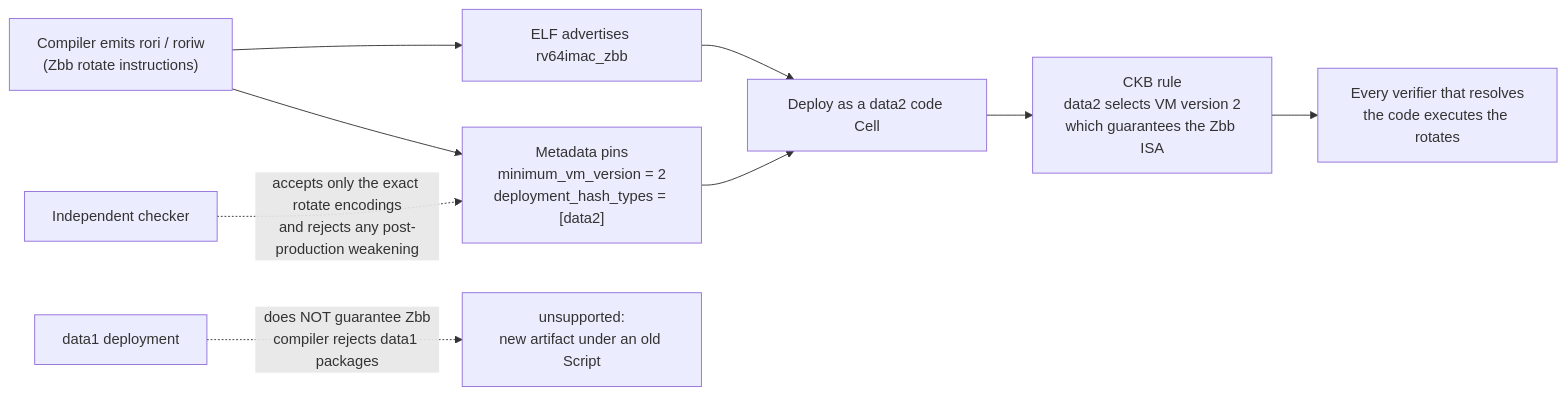
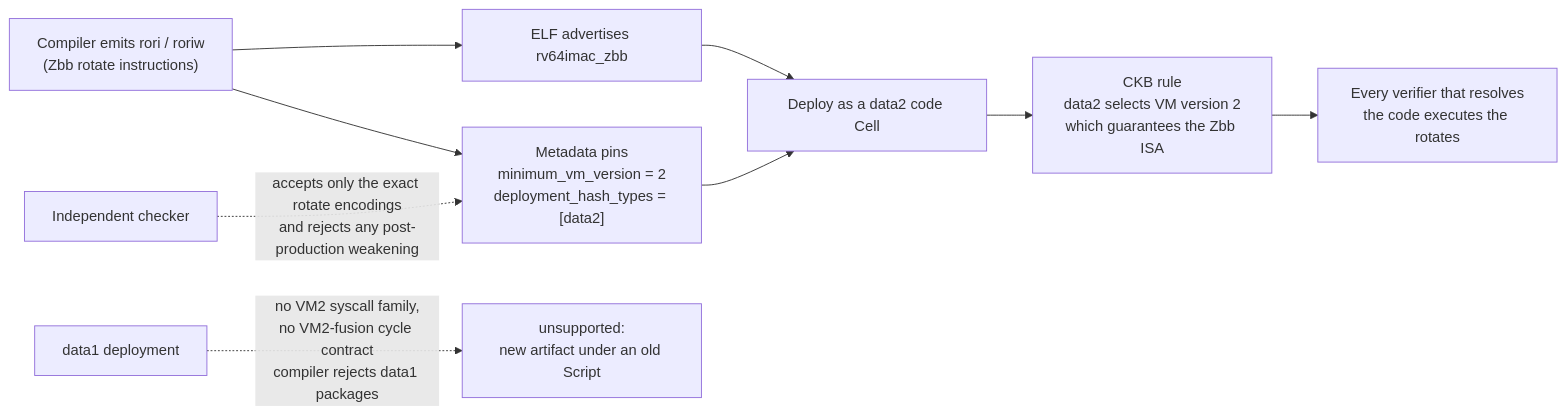
Before and after one commit to tsukifune-kosei/CellScript: the third of 4 diagrams in docs/releases/CELLSCRIPT_0_26_RELEASE_NOTES.md, drawn with Mermaid. The commit also changed other lines of this file and 1 other file, not shown here.

First line of the commit message:
Correct the data2 justification: VM1 also decodes Zbb

````diff
--- a/docs/releases/CELLSCRIPT_0_26_RELEASE_NOTES.md
+++ b/docs/releases/CELLSCRIPT_0_26_RELEASE_NOTES.md
@@ -175,12 +175,12 @@
 ```mermaid
 flowchart LR
     C["Compiler emits rori / roriw<br/>(Zbb rotate instructions)"]
     C --> E["ELF advertises rv64imac_zbb"]
     C --> M["Metadata pins<br/>minimum_vm_version = 2<br/>deployment_hash_types = [data2]"]
     E --> D["Deploy as a data2 code Cell"]
     M --> D
     D --> K["CKB rule<br/>data2 selects VM version 2<br/>which guarantees the Zbb ISA"]
     K --> V["Every verifier that resolves<br/>the code executes the rotates"]
-    D1["data1 deployment"] -. "does NOT guarantee Zbb<br/>compiler rejects data1 packages" .-> X["unsupported:<br/>new artifact under an old Script"]
+    D1["data1 deployment"] -. "no VM2 syscall family,<br/>no VM2-fusion cycle contract<br/>compiler rejects data1 packages" .-> X["unsupported:<br/>new artifact under an old Script"]
     CHK["Independent checker"] -. "accepts only the exact rotate encodings<br/>and rejects any post-production weakening" .-> M
 ```
````
